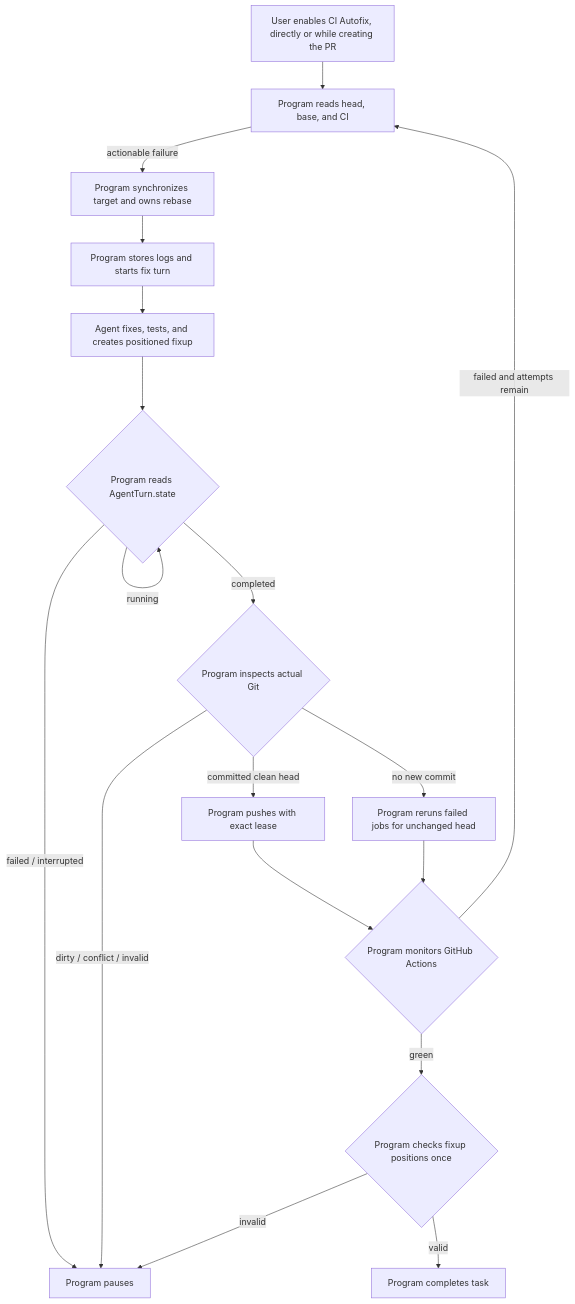
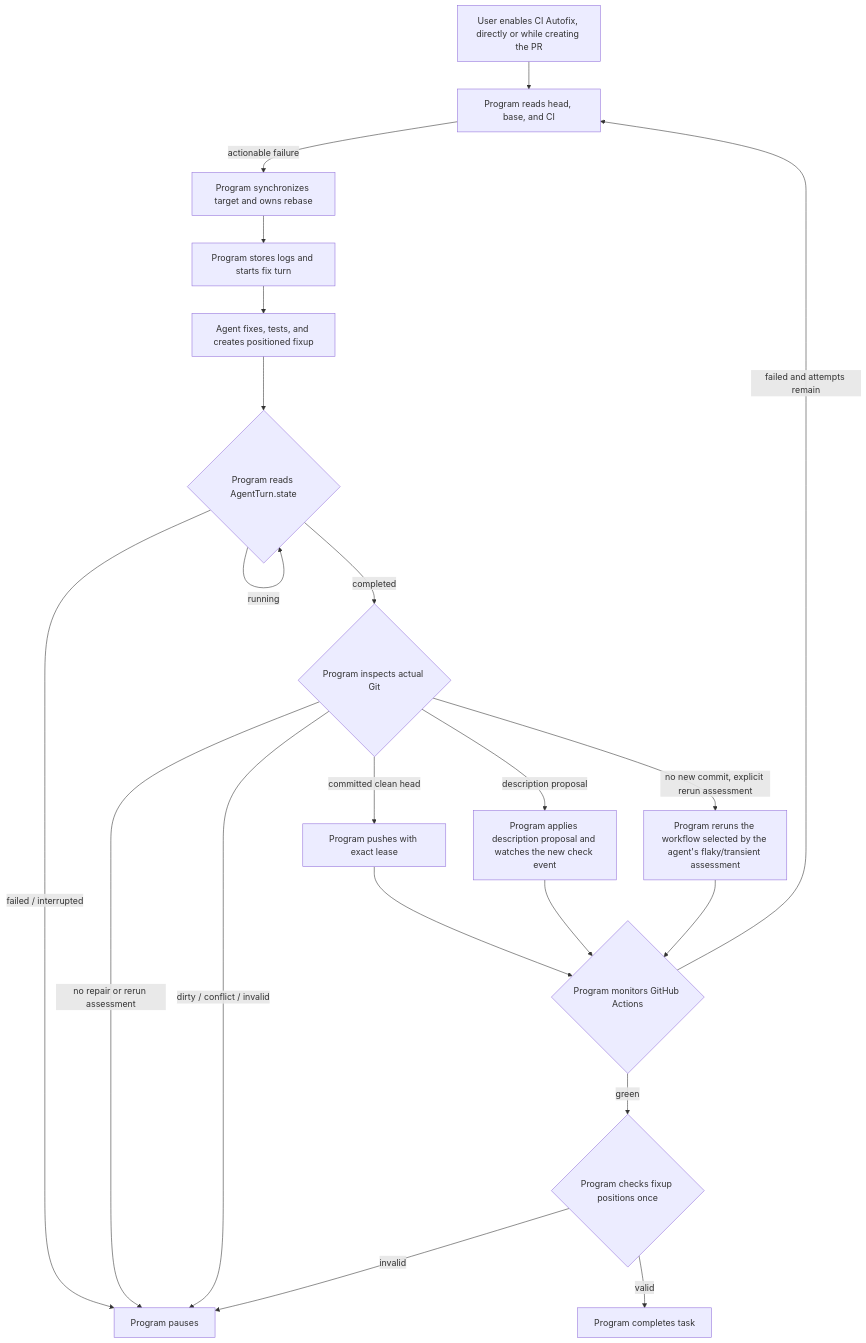
Before and after one commit to bytequay/bytequay: the first of 2 diagrams in docs/design/ci-autofix-service.md, drawn with Mermaid. The commit also changed other lines of this file and 41 other files, not shown here.

First line of the commit message:
Fix CI description repairs and rerun decisions

````diff
--- a/docs/design/ci-autofix-service.md
+++ b/docs/design/ci-autofix-service.md
@@ -630,29 +680,32 @@
 ```mermaid
 flowchart TD
     ENABLE["User enables CI Autofix, directly or while creating the PR"]
     WATCH["Program reads head, base, and CI"]
     TURN["Program stores logs and starts fix turn"]
     REBASE["Program synchronizes target and owns rebase"]
     FIX["Agent fixes, tests, and creates positioned fixup"]
     LIFE{"Program reads AgentTurn.state"}
     GIT{"Program inspects actual Git"}
     PUSH["Program pushes with exact lease"]
     CI{"Program monitors GitHub Actions"}
-    RERUN["Program reruns failed jobs for unchanged head"]
+    RERUN["Program reruns the workflow selected by the agent's flaky/transient assessment"]
+    DESCRIPTION["Program applies description proposal and watches the new check event"]
     FINAL{"Program checks fixup positions once"}
     PAUSE["Program pauses"]
     DONE["Program completes task"]
 
     ENABLE --> WATCH
     WATCH -->|"actionable failure"| REBASE --> TURN --> FIX --> LIFE
     LIFE -->|"running"| LIFE
     LIFE -->|"failed / interrupted"| PAUSE
     LIFE -->|"completed"| GIT
     GIT -->|"committed clean head"| PUSH --> CI
-    GIT -->|"no new commit"| RERUN --> CI
+    GIT -->|"description proposal"| DESCRIPTION --> CI
+    GIT -->|"no new commit, explicit rerun assessment"| RERUN --> CI
+    GIT -->|"no repair or rerun assessment"| PAUSE
     GIT -->|"dirty / conflict / invalid"| PAUSE
     CI -->|"failed and attempts remain"| WATCH
     CI -->|"green"| FINAL
     FINAL -->|"valid"| DONE
     FINAL -->|"invalid"| PAUSE
 ```
````
